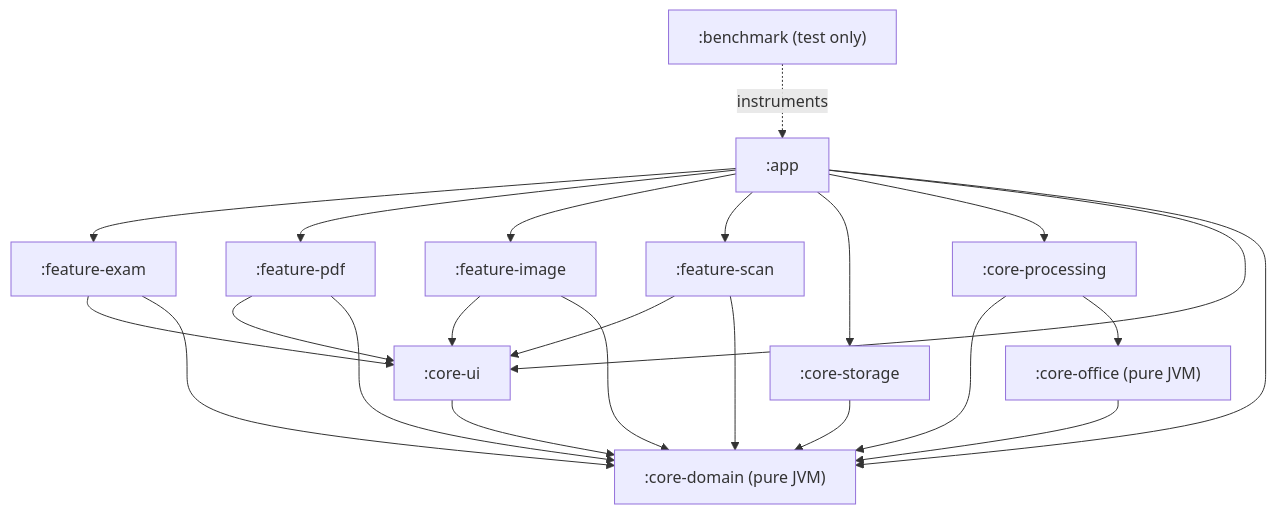
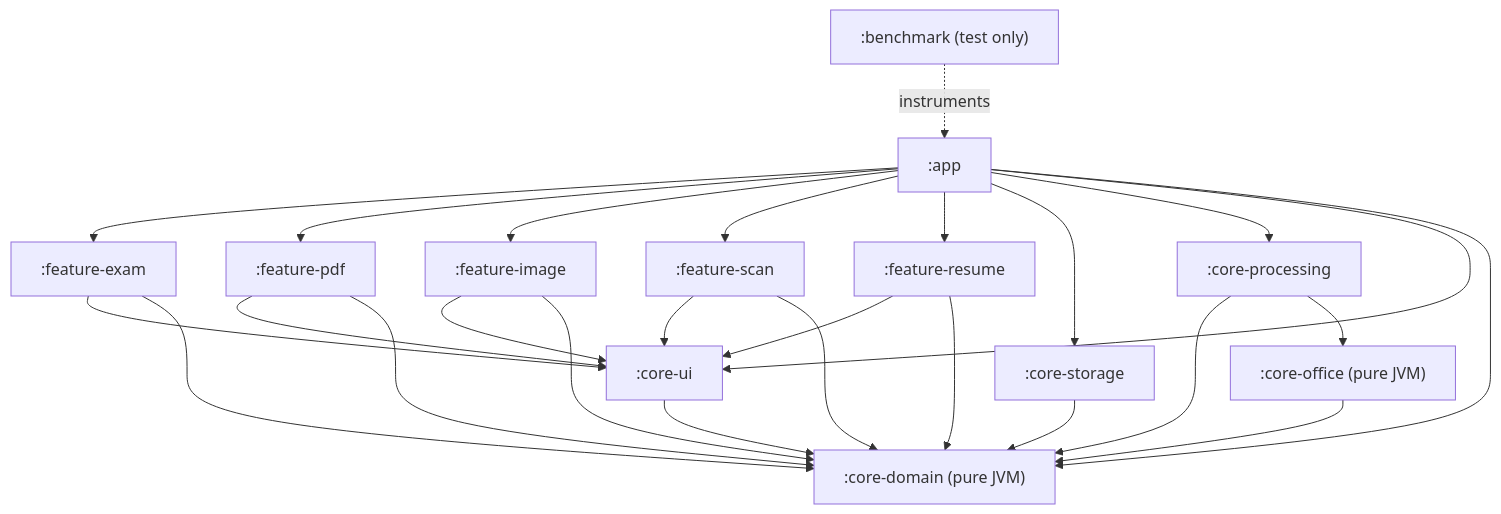
Before and after one commit to letsdeepchat/MrFileFixit: the second of 3 diagrams in docs/ARCHITECTURE.md, drawn with Mermaid. The commit also changed other lines of this file and 42 other files, not shown here.

````diff
--- a/docs/ARCHITECTURE.md
+++ b/docs/ARCHITECTURE.md
@@ -40,28 +40,30 @@
 ```mermaid
 flowchart TD
     app[":app"]
     bench[":benchmark (test only)"]
     fexam[":feature-exam"]
     fpdf[":feature-pdf"]
     fimg[":feature-image"]
     fscan[":feature-scan"]
+    fres[":feature-resume"]
     cui[":core-ui"]
     cstore[":core-storage"]
     cproc[":core-processing"]
     cdom[":core-domain (pure JVM)"]
     coff[":core-office (pure JVM)"]
 
-    app --> fexam & fpdf & fimg & fscan
+    app --> fexam & fpdf & fimg & fscan & fres
     app --> cstore & cproc & cui & cdom
     bench -. instruments .-> app
 
     fexam --> cui & cdom
     fpdf --> cui & cdom
     fimg --> cui & cdom
     fscan --> cui & cdom
+    fres --> cui & cdom
 
     cui --> cdom
     cstore --> cdom
     cproc --> cdom & coff
     coff --> cdom
 ```
````
